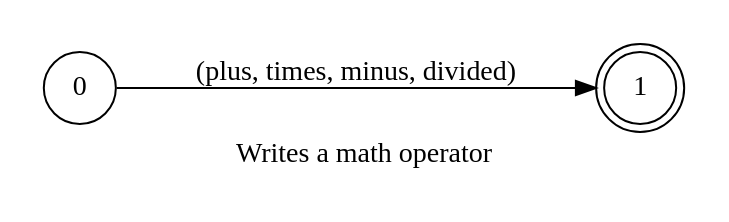
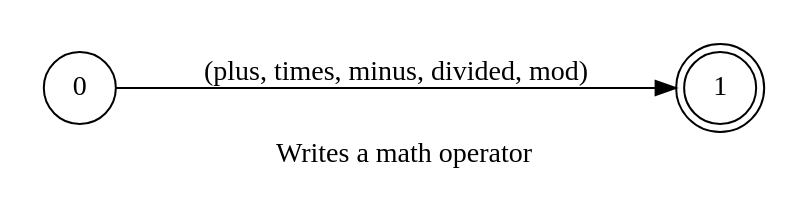
The diagram in spoken/src/modules/typescript/math_operator/phrase_en-US.dot (pedrooaugusto/speech-to-code), drawn with Graphviz before and after one commit. The commit also changed 49 other files, not shown here.

```diff
--- a/spoken/src/modules/typescript/math_operator/phrase_en-US.dot
+++ b/spoken/src/modules/typescript/math_operator/phrase_en-US.dot
@@ -1,16 +1,16 @@
 digraph MathOperator {
     id="math_operator";
     label="Writes a math operator";
     lang="en-US";
     langName="English";
     pad="0.2";
     rankdir=LR;
     alias="true";
     node[shape=doublecircle]; 1;
     node[shape=circle];
 
-    0 -> 1 [label="(plus, times, minus, divided)", store=mathOperator];
+    0 -> 1 [label="(plus, times, minus, divided, mod)", store=mathOperator];
 
     title="Writes a math operator";
-    desc="Writes a math operator (*, -, +, /) meant to be used inside expressions";
+    desc="Writes a math operator (*, -, +, /, %) meant to be used inside expressions";
 }
```
